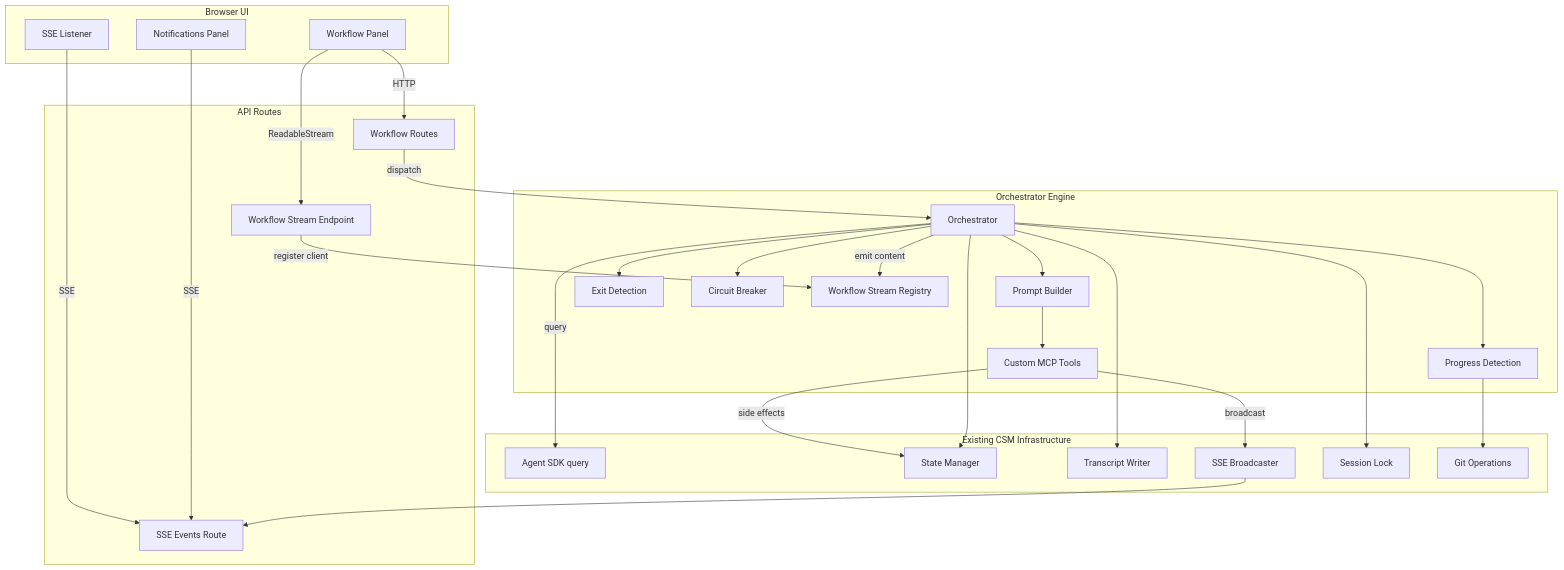
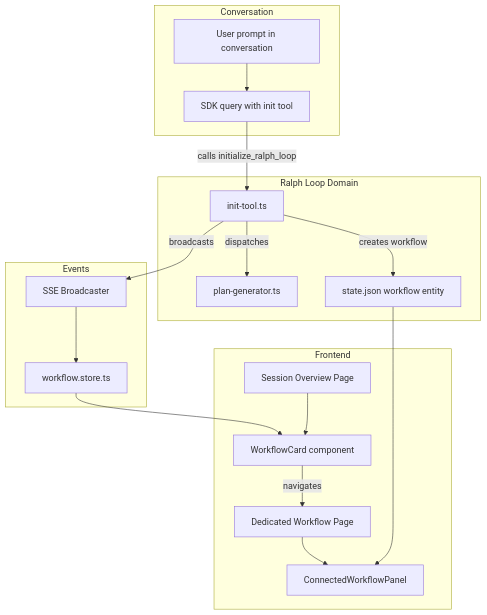
Before and after one commit to amhuppert/remote-ai-manager: the first of 2 diagrams in .kiro/specs/ralph-workflow/design.md, drawn with Mermaid. The commit also changed other lines of this file and 17 other files, not shown here.

First line of the commit message:
Redesign Ralph Loop initialization: conversation-driven MCP tool, dedicated page, workflow card

````diff
--- a/.kiro/specs/ralph-workflow/design.md
+++ b/.kiro/specs/ralph-workflow/design.md
@@ -42,55 +38,37 @@
 ```mermaid
 graph TB
-    subgraph UI[Browser UI]
-        WP[Workflow Panel]
-        NP[Notifications Panel]
-        SSEClient[SSE Listener]
+    subgraph Conversation
+        User[User prompt in conversation]
+        SDK[SDK query with init tool]
     end
 
-    subgraph API[API Routes]
-        WFRoutes[Workflow Routes]
-        StreamRoute[Workflow Stream Endpoint]
-        EventsRoute[SSE Events Route]
+    subgraph RalphLoop[Ralph Loop Domain]
+        InitTool[init-tool.ts]
+        PlanGen[plan-generator.ts]
+        StateJson[state.json workflow entity]
     end
 
-    subgraph Engine[Orchestrator Engine]
-        Orch[Orchestrator]
-        PB[Prompt Builder]
-        ED[Exit Detection]
-        CB[Circuit Breaker]
-        PD[Progress Detection]
-        Tools[Custom MCP Tools]
-        WSR[Workflow Stream Registry]
+    subgraph UI[Frontend]
+        SessionOverview[Session Overview Page]
+        WorkflowCard[WorkflowCard component]
+        WorkflowPage[Dedicated Workflow Page]
+        ConnectedPanel[ConnectedWorkflowPanel]
     end
 
-    subgraph Existing[Existing CSM Infrastructure]
-        SDK[Agent SDK query]
-        State[State Manager]
-        Transcript[Transcript Writer]
-        SSEBroadcast[SSE Broadcaster]
-        Lock[Session Lock]
-        GitOps[Git Operations]
+    subgraph Events
+        SSE[SSE Broadcaster]
+        WorkflowStore[workflow.store.ts]
     end
 
-    WP -->|HTTP| WFRoutes
-    WP -->|ReadableStream| StreamRoute
-    SSEClient -->|SSE| EventsRoute
-    NP -->|SSE| EventsRoute
-
-    WFRoutes -->|dispatch| Orch
-    StreamRoute -->|register client| WSR
-    Orch --> PB
-    Orch --> ED
-    Orch --> CB
-    Orch --> PD
-    PB --> Tools
-    Orch -->|query| SDK
-    Orch -->|emit content| WSR
-    Tools -->|side effects| State
-    Tools -->|broadcast| SSEBroadcast
-    Orch --> State
-    Orch --> Transcript
-    Orch --> Lock
-    PD --> GitOps
-    SSEBroadcast --> EventsRoute
+    User --> SDK
+    SDK -->|calls initialize_ralph_loop| InitTool
+    InitTool -->|creates workflow| StateJson
+    InitTool -->|dispatches| PlanGen
+    InitTool -->|broadcasts| SSE
+    SSE --> WorkflowStore
+    WorkflowStore --> WorkflowCard
+    StateJson --> ConnectedPanel
+    SessionOverview --> WorkflowCard
+    WorkflowCard -->|navigates| WorkflowPage
+    WorkflowPage --> ConnectedPanel
 ```
````
